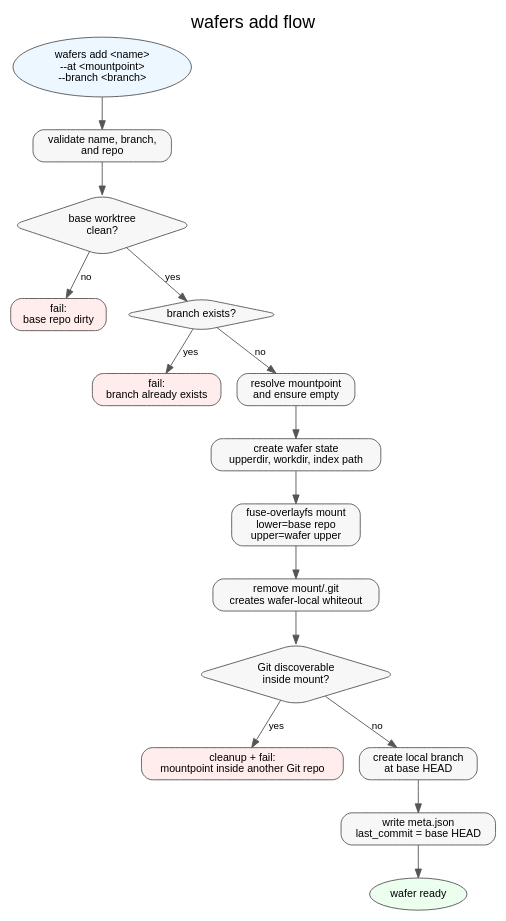
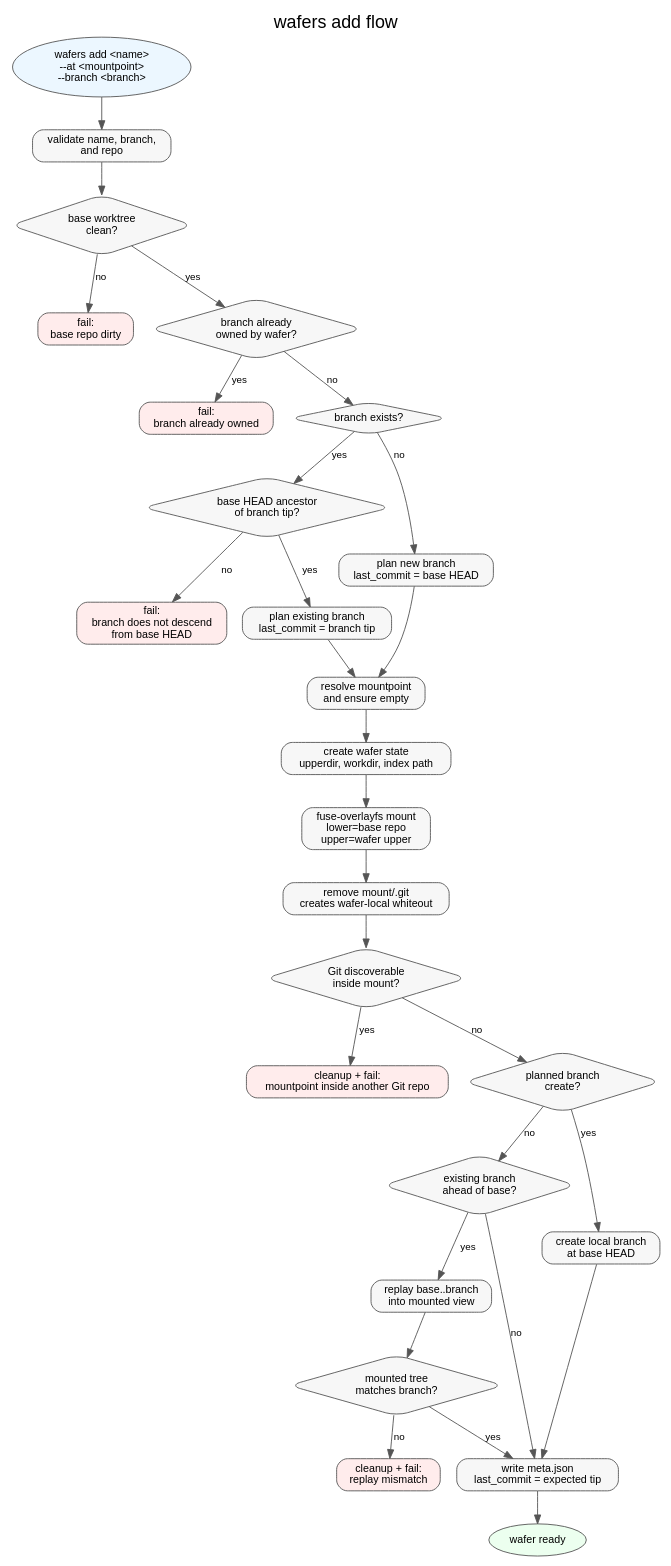
Before and after one commit to satmihir/wafers: the diagram in docs/assets/add-flow.dot, drawn with Graphviz. The commit also changed 9 other files, not shown here.

Commit message:
Support existing branch wafers

```diff
--- a/docs/assets/add-flow.dot
+++ b/docs/assets/add-flow.dot
@@ -1,51 +1,74 @@
 digraph wafers_add_flow {
   graph [
     rankdir=TB,
     labelloc=t,
     label="wafers add flow",
     fontname="Helvetica",
     fontsize=20
   ];
 
   node [
     shape=box,
     style="rounded,filled",
     fontname="Helvetica",
     fontsize=12,
     fillcolor="#f7f7f7",
     color="#555555"
   ];
 
   edge [
     fontname="Helvetica",
     fontsize=11,
     color="#555555"
   ];
 
   start [shape=oval, label="wafers add <name>\n--at <mountpoint>\n--branch <branch>", fillcolor="#ecf7ff"];
   validate [label="validate name, branch,\nand repo"];
   clean_check [shape=diamond, label="base worktree\nclean?"];
   fail_dirty [label="fail:\nbase repo dirty", fillcolor="#ffecec"];
+  owner_check [shape=diamond, label="branch already\nowned by wafer?"];
+  fail_owned [label="fail:\nbranch already owned", fillcolor="#ffecec"];
   branch_check [shape=diamond, label="branch exists?"];
-  fail_branch [label="fail:\nbranch already exists", fillcolor="#ffecec"];
+  ancestor_check [shape=diamond, label="base HEAD ancestor\nof branch tip?"];
+  fail_ancestor [label="fail:\nbranch does not descend\nfrom base HEAD", fillcolor="#ffecec"];
+  plan_existing [label="plan existing branch\nlast_commit = branch tip"];
+  plan_new [label="plan new branch\nlast_commit = base HEAD"];
   mountpoint_check [label="resolve mountpoint\nand ensure empty"];
   create_state [label="create wafer state\nupperdir, workdir, index path"];
   mount [label="fuse-overlayfs mount\nlower=base repo\nupper=wafer upper"];
   hide_git [label="remove mount/.git\ncreates wafer-local whiteout"];
   git_check [shape=diamond, label="Git discoverable\ninside mount?"];
   fail_git [label="cleanup + fail:\nmountpoint inside another Git repo", fillcolor="#ffecec"];
+  create_check [shape=diamond, label="planned branch\ncreate?"];
+  replay_check [shape=diamond, label="existing branch\nahead of base?"];
+  replay [label="replay base..branch\ninto mounted view"];
+  verify_tree [shape=diamond, label="mounted tree\nmatches branch?"];
+  fail_replay [label="cleanup + fail:\nreplay mismatch", fillcolor="#ffecec"];
   create_branch [label="create local branch\nat base HEAD"];
-  save_meta [label="write meta.json\nlast_commit = base HEAD"];
+  save_meta [label="write meta.json\nlast_commit = expected tip"];
   done [shape=oval, label="wafer ready", fillcolor="#ecffef"];
 
   start -> validate -> clean_check;
   clean_check -> fail_dirty [label="no"];
-  clean_check -> branch_check [label="yes"];
-  branch_check -> fail_branch [label="yes"];
-  branch_check -> mountpoint_check [label="no"];
+  clean_check -> owner_check [label="yes"];
+  owner_check -> fail_owned [label="yes"];
+  owner_check -> branch_check [label="no"];
+  branch_check -> ancestor_check [label="yes"];
+  ancestor_check -> fail_ancestor [label="no"];
+  ancestor_check -> plan_existing [label="yes"];
+  branch_check -> plan_new [label="no"];
+  plan_existing -> mountpoint_check;
+  plan_new -> mountpoint_check;
   mountpoint_check -> create_state;
   create_state -> mount -> hide_git -> git_check;
   git_check -> fail_git [label="yes"];
-  git_check -> create_branch [label="no"];
+  git_check -> create_check [label="no"];
+  create_check -> create_branch [label="yes"];
+  create_check -> replay_check [label="no"];
+  replay_check -> replay [label="yes"];
+  replay -> verify_tree;
+  verify_tree -> fail_replay [label="no"];
+  verify_tree -> save_meta [label="yes"];
+  replay_check -> save_meta [label="no"];
   create_branch -> save_meta -> done;
 }
```
